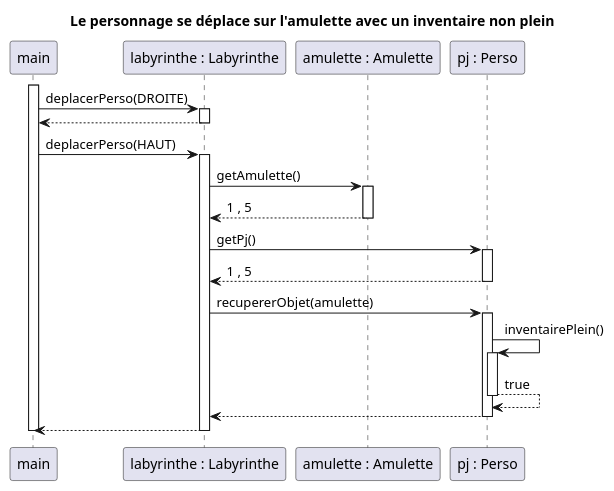
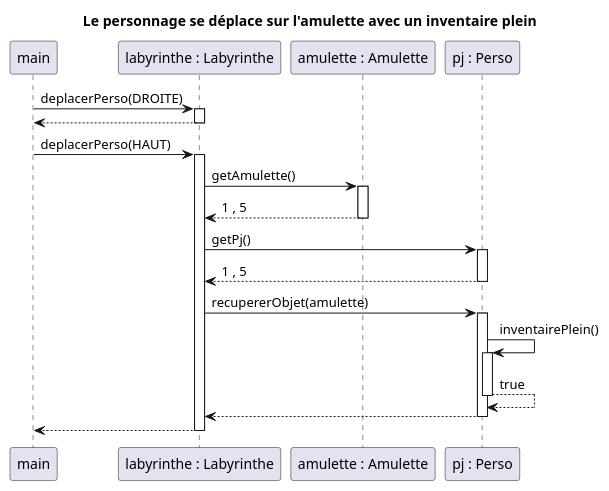
The diagram in documents/version_3/DiagrammeSequenceRecupAmulettePlein.puml (TanguyFox/2022_Zeldiablo_renard136u_seiler33u_serrier26u_arcelin1u), drawn with PlantUML before and after one commit. The commit also changed 6 other files, not shown here.

Commit message:
Diagrammes

```diff
--- a/documents/version_3/DiagrammeSequenceRecupAmulettePlein.puml
+++ b/documents/version_3/DiagrammeSequenceRecupAmulettePlein.puml
@@ -1,53 +1,53 @@
 @startuml
 'https://plantuml.com/sequence-diagram
 
-title Le personnage se déplace sur l'amulette avec un inventaire non plein
+title Le personnage se déplace sur l'amulette avec un inventaire plein
 participant "main" as MAIN
 participant "labyrinthe : Labyrinthe" as L
 participant "amulette : Amulette" as A
 participant "pj : Perso" as P
 
-activate MAIN
+
 
 MAIN -> L : deplacerPerso(DROITE)
 activate L
 L --> MAIN
 deactivate L
 
 
 
 MAIN -> L : deplacerPerso(HAUT)
 activate L
 
 
 
 L -> A : getAmulette()
 activate A
 A --> L : 1 , 5
 deactivate A
 
 
 L -> P : getPj()
 activate P
 P --> L: 1 , 5
 deactivate P
 
 
 L ->P : recupererObjet(amulette)
 activate P
 
 P -> P : inventairePlein()
 activate P
 
 P --> P : true
 deactivate P
 
 P --> L
 deactivate P
 
 
 L --> MAIN
 deactivate L
-deactivate MAIN
+
 
 @enduml
```
